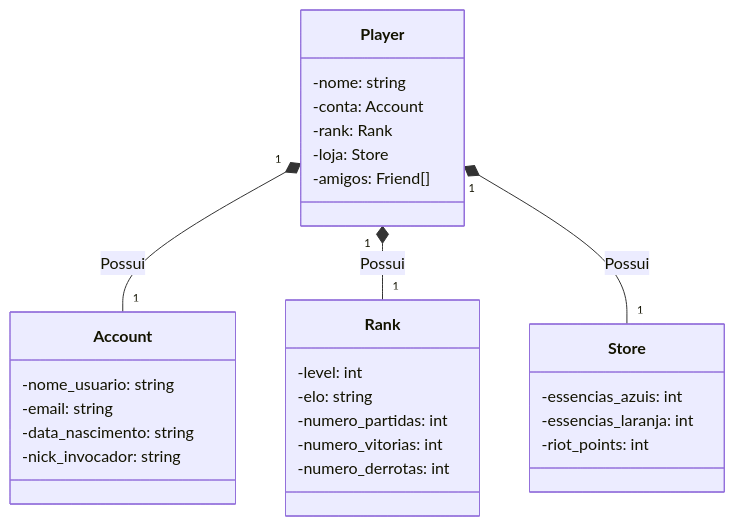
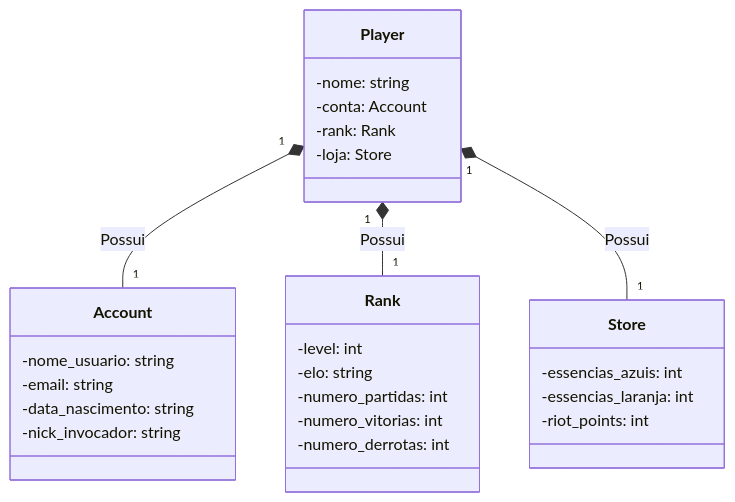
Before and after one commit to AlvaroBaffi/DesafioAPIRestNaNuvem: the diagram in README.md, drawn with Mermaid.

````diff
--- a/README.md
+++ b/README.md
@@ -4,36 +4,35 @@
 ```mermaid
 classDiagram
     class Player {
         -nome: string
         -conta: Account
         -rank: Rank
-        -loja: Store
-        -amigos: Friend[]       
+        -loja: Store            
     }
 
     class Account {
         -nome_usuario: string
         -email: string
         -data_nascimento: string
         -nick_invocador: string
     }
 
     class Rank {
         -level: int
         -elo: string
         -numero_partidas: int
         -numero_vitorias: int
         -numero_derrotas: int
     }
 
     class Store {
         -essencias_azuis: int
         -essencias_laranja: int
         -riot_points: int
     }      
 
     Player "1" *-- "1" Account : Possui
     Player "1" *-- "1" Rank : Possui
     Player "1" *-- "1" Store : Possui   
 
 ```
````
